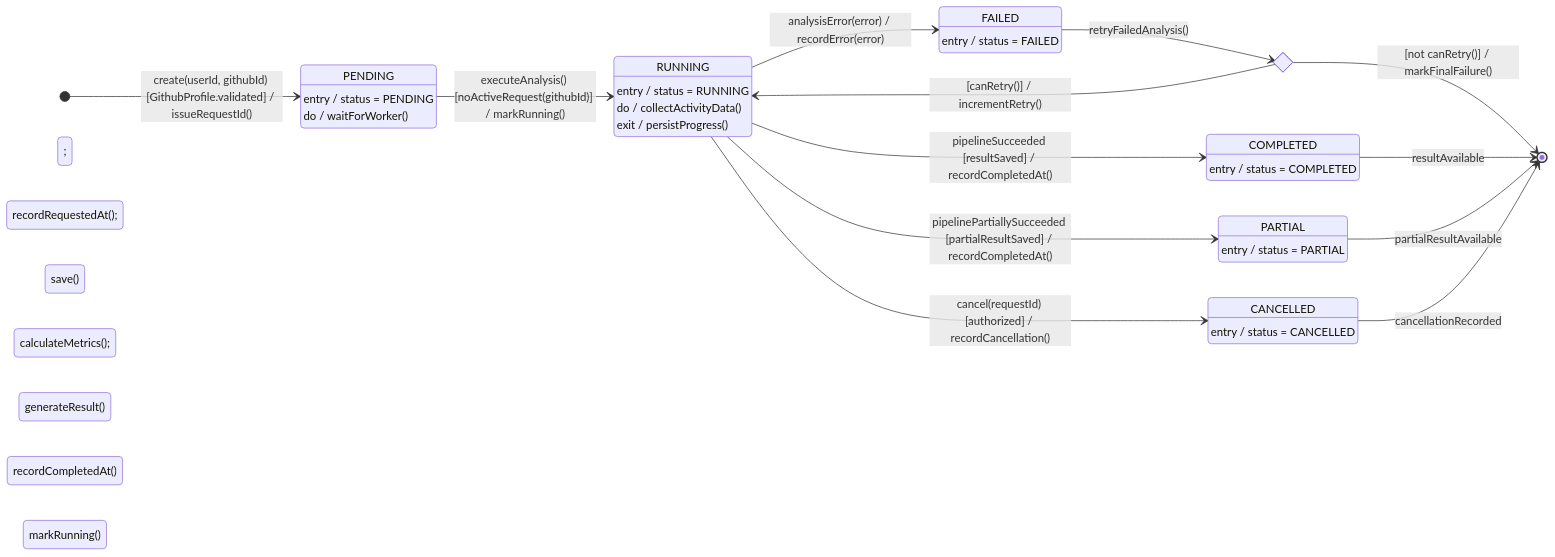
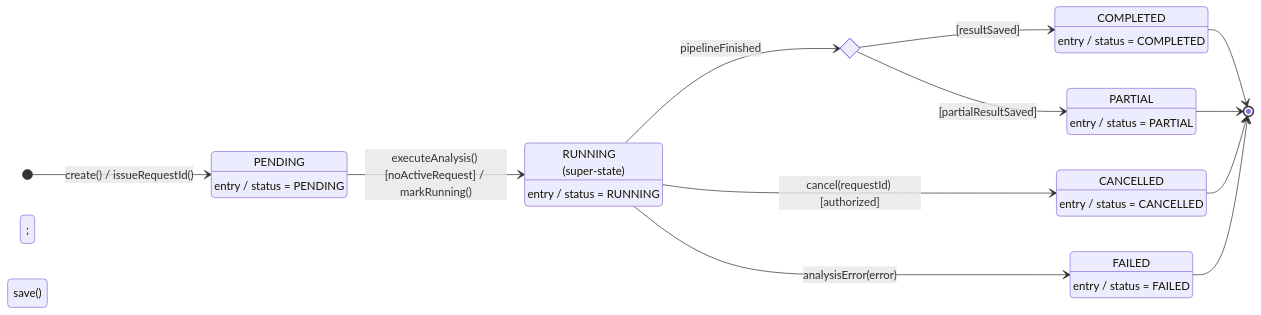
One commit to NotHyoone/OSS_Design changed diagram 20 of 22 in docs/project/[Design]22212046_안효원.md. Above: the diagram before and after it, drawn with Mermaid. The commit also changed other lines of this file, not shown here.

Commit message:
docs: simplify analysis request state diagrams

````diff
--- a/docs/project/[Design]22212046_안효원.md
+++ b/docs/project/[Design]22212046_안효원.md
@@ -2001,40 +2002,35 @@
 ```mermaid
 stateDiagram-v2
     direction LR
 
     state "PENDING" as PENDING
-    state "RUNNING" as RUNNING
+    state "RUNNING\n(super-state)" as RUNNING
     state "COMPLETED" as COMPLETED
     state "PARTIAL" as PARTIAL
     state "CANCELLED" as CANCELLED
     state "FAILED" as FAILED
-    state RetryDecision <<choice>>
+    state FinishDecision <<choice>>
 
-    [*] --> PENDING: create(userId, githubId) [GithubProfile.validated] / issueRequestId(); recordRequestedAt(); save()
+    [*] --> PENDING: create() / issueRequestId(); save()
 
     PENDING: entry / status = PENDING
-    PENDING: do / waitForWorker()
-    PENDING --> RUNNING: executeAnalysis() [noActiveRequest(githubId)] / markRunning()
+    PENDING --> RUNNING: executeAnalysis() [noActiveRequest] / markRunning()
 
     RUNNING: entry / status = RUNNING
-    RUNNING: do / collectActivityData(); calculateMetrics(); generateResult()
-    RUNNING: exit / persistProgress()
-    RUNNING --> COMPLETED: pipelineSucceeded [resultSaved] / recordCompletedAt()
-    RUNNING --> PARTIAL: pipelinePartiallySucceeded [partialResultSaved] / recordCompletedAt()
-    RUNNING --> CANCELLED: cancel(requestId) [authorized] / recordCancellation(); recordCompletedAt()
-    RUNNING --> FAILED: analysisError(error) / recordError(error); recordCompletedAt()
+    RUNNING --> FinishDecision: pipelineFinished
+    RUNNING --> CANCELLED: cancel(requestId) [authorized]
+    RUNNING --> FAILED: analysisError(error)
 
-    FAILED: entry / status = FAILED
-    FAILED --> RetryDecision: retryFailedAnalysis()
-    RetryDecision --> RUNNING: [canRetry()] / incrementRetry(); markRunning()
-    RetryDecision --> [*]: [not canRetry()] / markFinalFailure()
+    FinishDecision --> COMPLETED: [resultSaved]
+    FinishDecision --> PARTIAL: [partialResultSaved]
 
     COMPLETED: entry / status = COMPLETED
-    COMPLETED --> [*]: resultAvailable
+    PARTIAL: entry / status = PARTIAL
+    CANCELLED: entry / status = CANCELLED
+    FAILED: entry / status = FAILED
 
-    PARTIAL: entry / status = PARTIAL
-    PARTIAL --> [*]: partialResultAvailable
-
-    CANCELLED: entry / status = CANCELLED
-    CANCELLED --> [*]: cancellationRecorded
+    COMPLETED --> [*]
+    PARTIAL --> [*]
+    CANCELLED --> [*]
+    FAILED --> [*]
 ```
````
